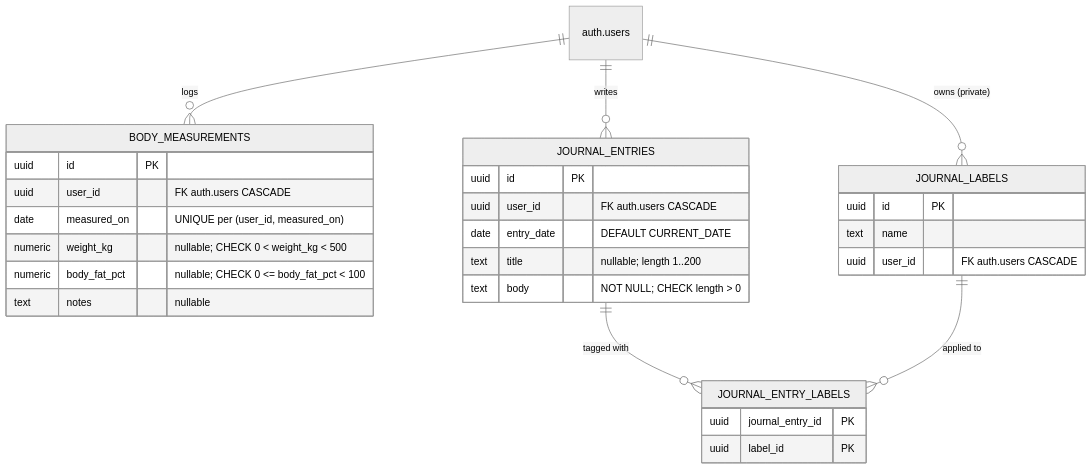
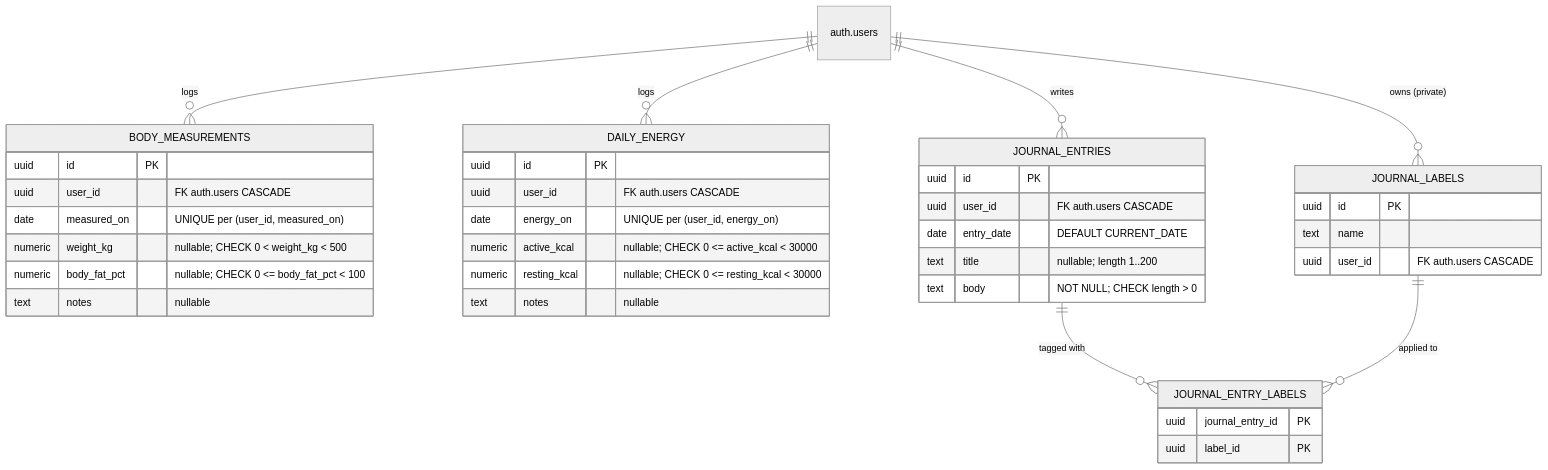
One commit to dbarrosop/neogym changed the third of 4 diagrams in docs/developers/database.md. Above: the diagram before and after it, drawn with Mermaid (neutral theme). The commit also changed other lines of this file and 10 other files, not shown here.

Commit message:
feat(backend): add daily_energy table, permissions, and tests

````diff
--- a/docs/developers/database.md
+++ b/docs/developers/database.md
@@ -124,39 +124,49 @@
 ```mermaid
 erDiagram
     USERS["auth.users"]
 
     BODY_MEASUREMENTS {
         uuid id PK
         uuid user_id "FK auth.users CASCADE"
         date measured_on "UNIQUE per (user_id, measured_on)"
         numeric weight_kg "nullable; CHECK 0 < weight_kg < 500"
         numeric body_fat_pct "nullable; CHECK 0 <= body_fat_pct < 100"
+        text notes "nullable"
+    }
+
+    DAILY_ENERGY {
+        uuid id PK
+        uuid user_id "FK auth.users CASCADE"
+        date energy_on "UNIQUE per (user_id, energy_on)"
+        numeric active_kcal "nullable; CHECK 0 <= active_kcal < 30000"
+        numeric resting_kcal "nullable; CHECK 0 <= resting_kcal < 30000"
         text notes "nullable"
     }
 
     JOURNAL_ENTRIES {
         uuid id PK
         uuid user_id "FK auth.users CASCADE"
         date entry_date "DEFAULT CURRENT_DATE"
         text title "nullable; length 1..200"
         text body "NOT NULL; CHECK length > 0"
     }
 
     JOURNAL_LABELS {
         uuid id PK
         text name
         uuid user_id "FK auth.users CASCADE"
     }
 
     JOURNAL_ENTRY_LABELS {
         uuid journal_entry_id PK
         uuid label_id PK
     }
 
     USERS ||--o{ BODY_MEASUREMENTS                : "logs"
+    USERS ||--o{ DAILY_ENERGY                     : "logs"
     USERS ||--o{ JOURNAL_ENTRIES                  : "writes"
     USERS ||--o{ JOURNAL_LABELS                   : "owns (private)"
 
     JOURNAL_ENTRIES ||--o{ JOURNAL_ENTRY_LABELS   : "tagged with"
     JOURNAL_LABELS  ||--o{ JOURNAL_ENTRY_LABELS   : "applied to"
 ```
````
